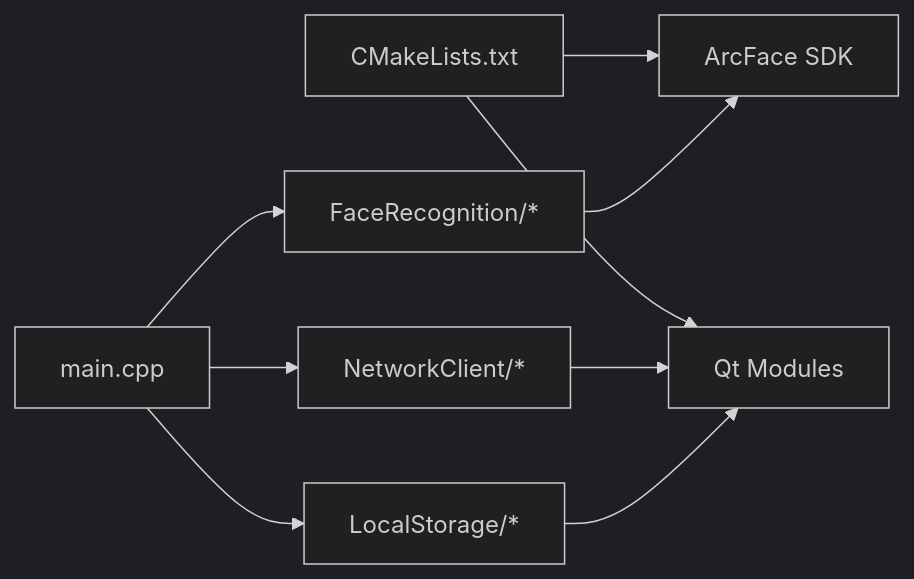
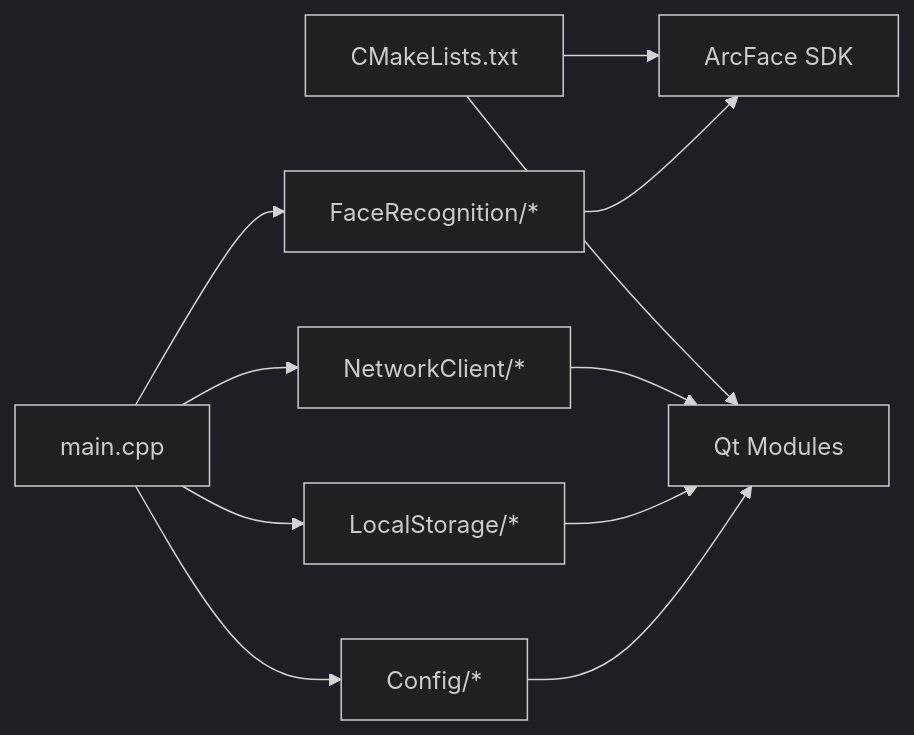
One commit to HeQiTZD/Triple-terminal-Attendance-Punching-System changed the sixth of 6 diagrams in .qoder/repowiki/zh/content/测试与调试.md. Above: the diagram before and after it, drawn with Mermaid (dark theme). The commit also changed other lines of this file and 70 other files, not shown here.

````diff
--- a/.qoder/repowiki/zh/content/测试与调试.md
+++ b/.qoder/repowiki/zh/content/测试与调试.md
@@ -264,11 +320,13 @@
 ```mermaid
 graph LR
 CMake["CMakeLists.txt"] --> Qt["Qt Modules"]
 CMake --> SDK["ArcFace SDK"]
 FR["FaceRecognition/*"] --> SDK
 NC["NetworkClient/*"] --> Qt
 LS["LocalStorage/*"] --> Qt
+CFG["Config/*"] --> Qt
 M["main.cpp"] --> FR
 M --> NC
 M --> LS
+M --> CFG
 ```
````
